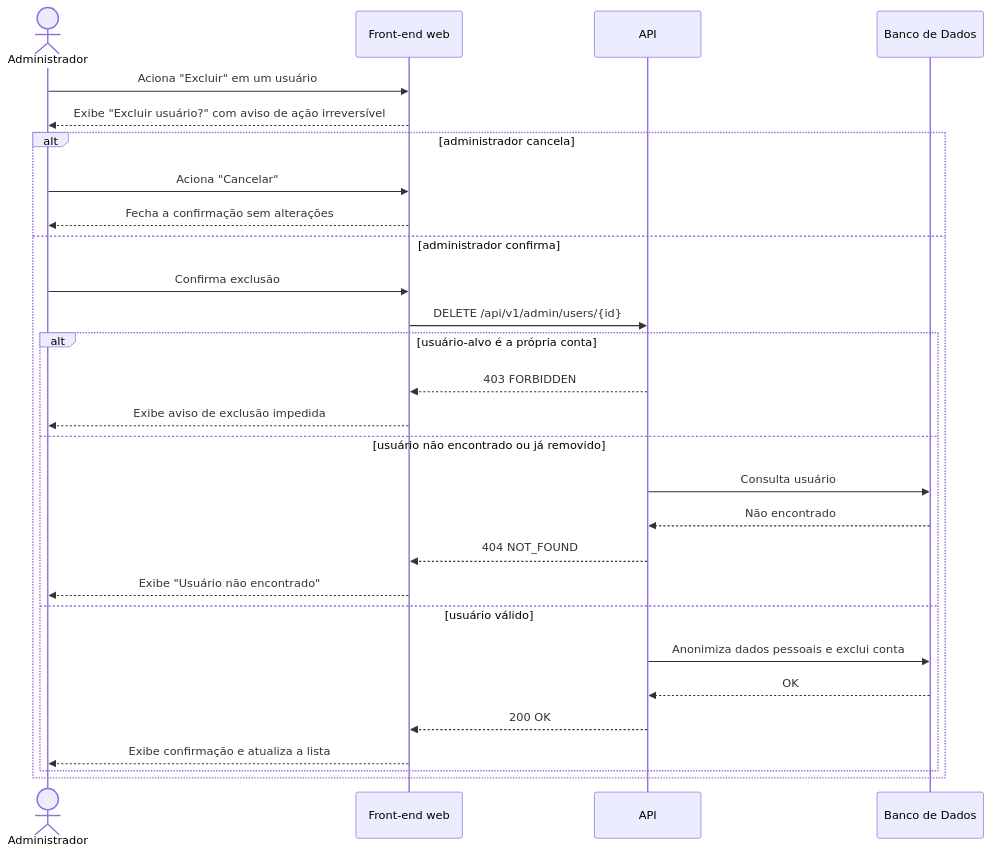
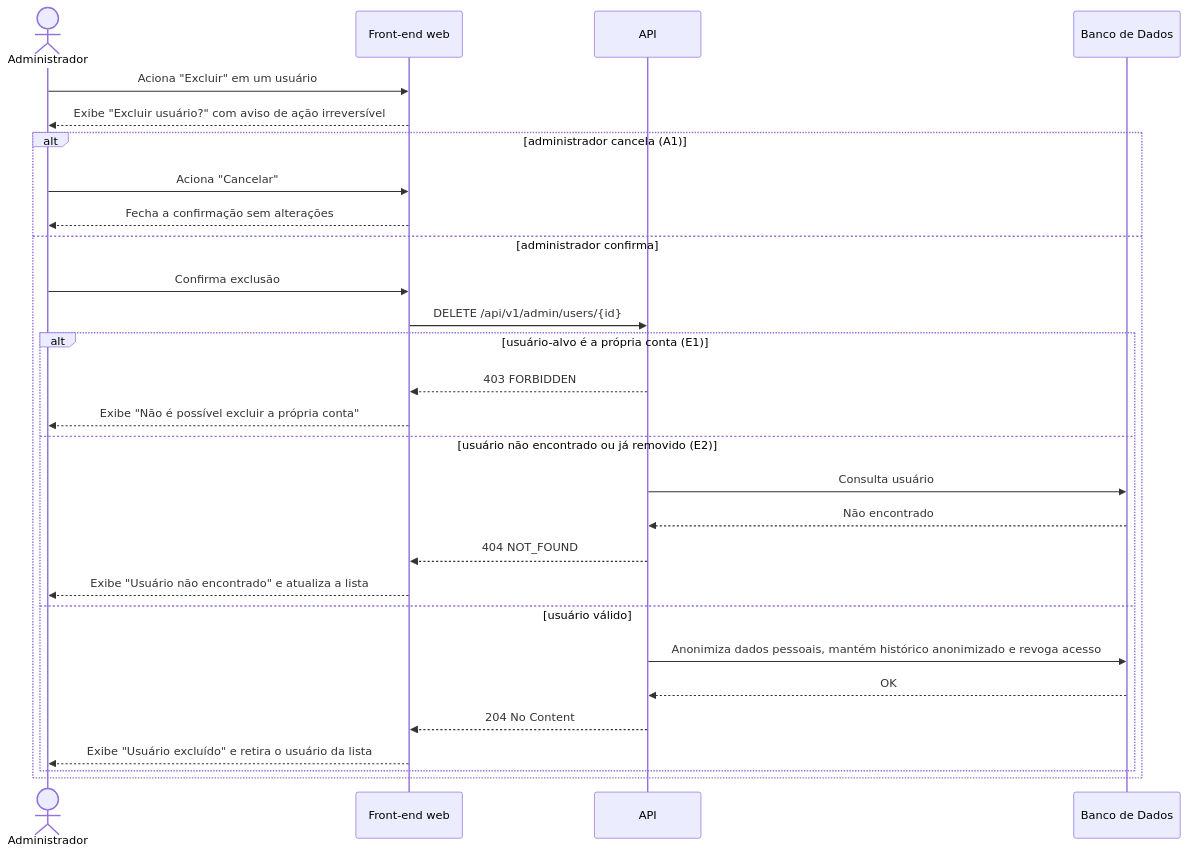
One commit to Plataforma-de-Cursos-TCC/plataforma-cursos-docs changed the diagram in docs/ssd/UC018-excluir-e-anonimizar-usuario.md. Above: the diagram before and after it, drawn with Mermaid. The commit also changed other lines of this file and 17 other files, not shown here.

````diff
--- a/docs/ssd/UC018-excluir-e-anonimizar-usuario.md
+++ b/docs/ssd/UC018-excluir-e-anonimizar-usuario.md
@@ -5,31 +5,31 @@
 ```mermaid
 sequenceDiagram
     actor Administrador
     participant FE as Front-end web
     participant API
     participant DB as Banco de Dados
 
     Administrador->>FE: Aciona "Excluir" em um usuário
     FE-->>Administrador: Exibe "Excluir usuário?" com aviso de ação irreversível
-    alt administrador cancela
+    alt administrador cancela (A1)
         Administrador->>FE: Aciona "Cancelar"
         FE-->>Administrador: Fecha a confirmação sem alterações
     else administrador confirma
         Administrador->>FE: Confirma exclusão
         FE->>API: DELETE /api/v1/admin/users/{id}
-        alt usuário-alvo é a própria conta
+        alt usuário-alvo é a própria conta (E1)
             API-->>FE: 403 FORBIDDEN
-            FE-->>Administrador: Exibe aviso de exclusão impedida
-        else usuário não encontrado ou já removido
+            FE-->>Administrador: Exibe "Não é possível excluir a própria conta"
+        else usuário não encontrado ou já removido (E2)
             API->>DB: Consulta usuário
             DB-->>API: Não encontrado
             API-->>FE: 404 NOT_FOUND
-            FE-->>Administrador: Exibe "Usuário não encontrado"
+            FE-->>Administrador: Exibe "Usuário não encontrado" e atualiza a lista
         else usuário válido
-            API->>DB: Anonimiza dados pessoais e exclui conta
+            API->>DB: Anonimiza dados pessoais, mantém histórico anonimizado e revoga acesso
             DB-->>API: OK
-            API-->>FE: 200 OK
-            FE-->>Administrador: Exibe confirmação e atualiza a lista
+            API-->>FE: 204 No Content
+            FE-->>Administrador: Exibe "Usuário excluído" e retira o usuário da lista
         end
     end
 ```
````
